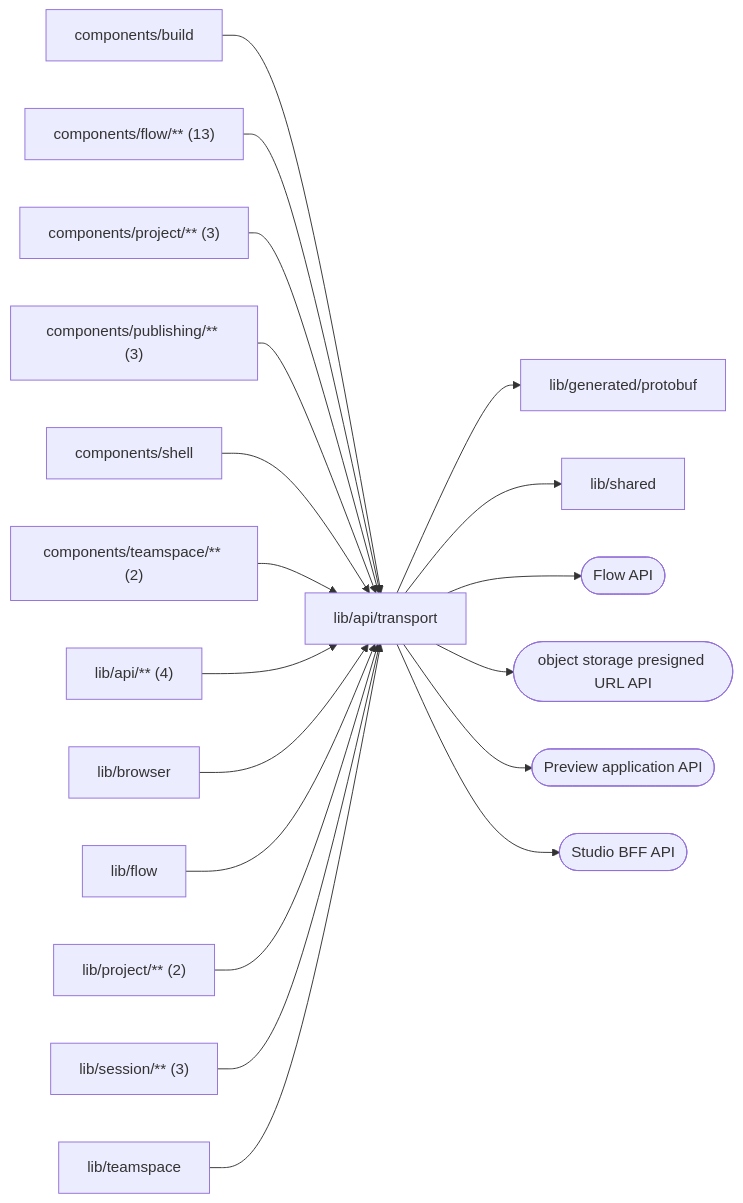
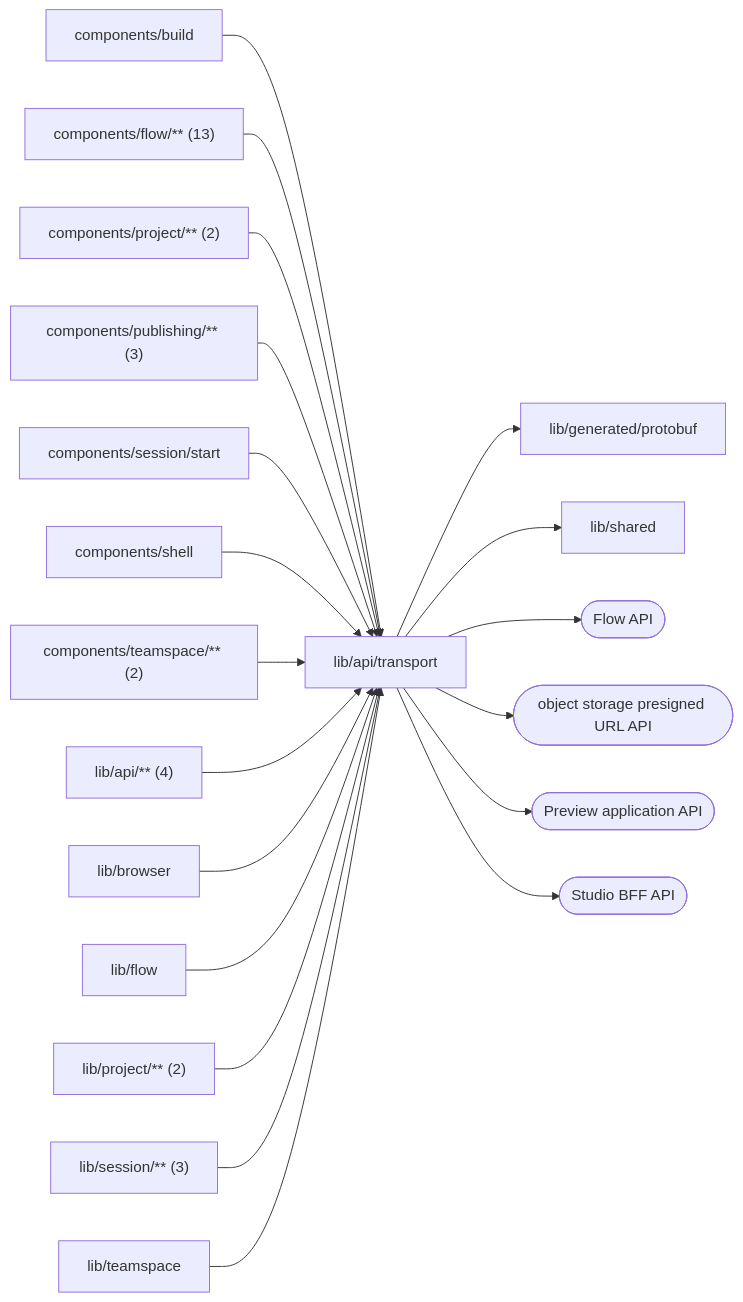
One commit to superdurable/superverse changed the diagram in web/studio/lib/api/transport/README.md. Above: the diagram before and after it, drawn with Mermaid. The commit also changed other lines of this file and 31 other files, not shown here.

````diff
--- a/web/studio/lib/api/transport/README.md
+++ b/web/studio/lib/api/transport/README.md
@@ -10,22 +10,23 @@
 ```mermaid
 flowchart LR
   self["lib/api/transport"]
   c0["components/build"] --> self
   c1["components/flow/** (13)"] --> self
-  c2["components/project/** (3)"] --> self
+  c2["components/project/** (2)"] --> self
   c3["components/publishing/** (3)"] --> self
-  c4["components/shell"] --> self
-  c5["components/teamspace/** (2)"] --> self
-  c6["lib/api/** (4)"] --> self
-  c7["lib/browser"] --> self
-  c8["lib/flow"] --> self
-  c9["lib/project/** (2)"] --> self
-  c10["lib/session/** (3)"] --> self
-  c11["lib/teamspace"] --> self
+  c4["components/session/start"] --> self
+  c5["components/shell"] --> self
+  c6["components/teamspace/** (2)"] --> self
+  c7["lib/api/** (4)"] --> self
+  c8["lib/browser"] --> self
+  c9["lib/flow"] --> self
+  c10["lib/project/** (2)"] --> self
+  c11["lib/session/** (3)"] --> self
+  c12["lib/teamspace"] --> self
   self --> d0["lib/generated/protobuf"]
   self --> d1["lib/shared"]
   self --> e0(["Flow API"])
   self --> e1(["object storage presigned URL API"])
   self --> e2(["Preview application API"])
   self --> e3(["Studio BFF API"])
 ```
````
